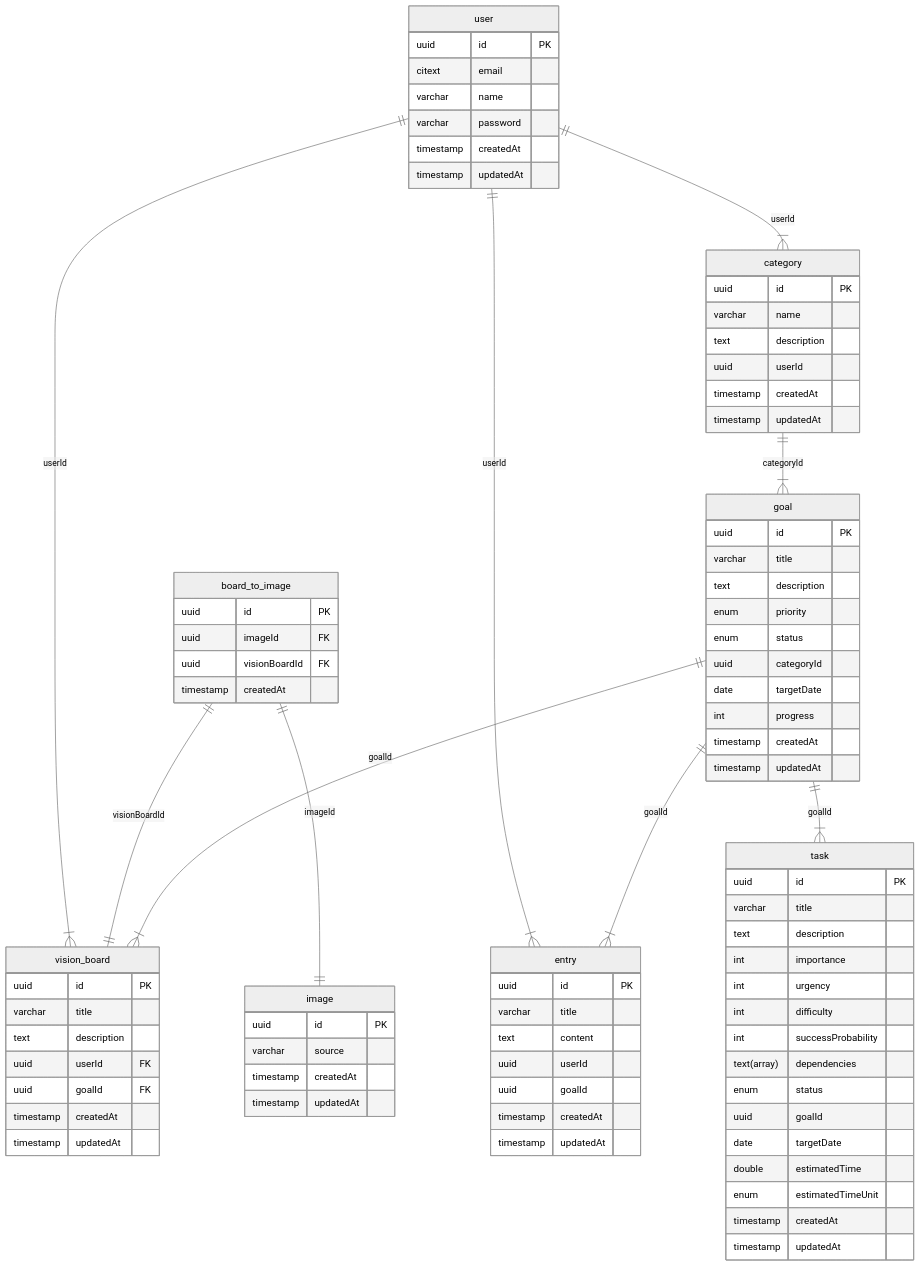
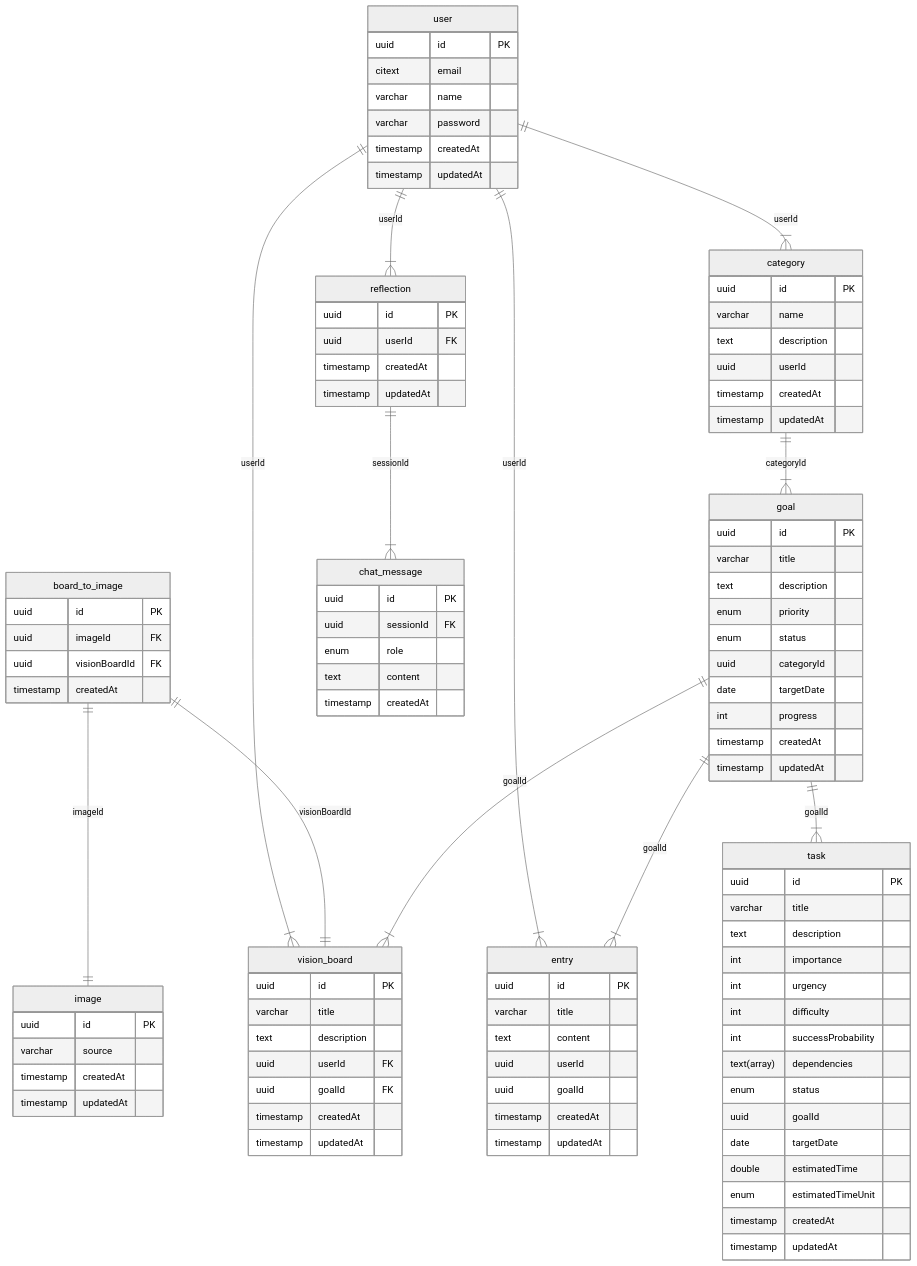
Before and after one commit to sandrvvu/BetterSelf: the diagram in README.md, drawn with Mermaid (neutral theme). The commit also changed 21 other files, not shown here.

````diff
--- a/README.md
+++ b/README.md
@@ -64,36 +64,53 @@
    }
 
    image {
-        uuid id PK
-        varchar source
-        timestamp createdAt
-        timestamp updatedAt
+      uuid id PK
+      varchar source
+      timestamp createdAt
+      timestamp updatedAt
    }
 
    vision_board {
-        uuid id PK
-        varchar title
-        text description
-        uuid userId FK
-        uuid goalId FK
-        timestamp createdAt
-        timestamp updatedAt
+      uuid id PK
+      varchar title
+      text description
+      uuid userId FK
+      uuid goalId FK
+      timestamp createdAt
+      timestamp updatedAt
    }
 
    board_to_image {
-        uuid id PK
-        uuid imageId FK
-        uuid visionBoardId FK
-        timestamp createdAt
+      uuid id PK
+      uuid imageId FK
+      uuid visionBoardId FK
+      timestamp createdAt
+   }
+
+   chat_message {
+      uuid id PK
+      uuid sessionId FK
+      enum role
+      text content
+      timestamp createdAt
+   }
+
+   reflection {
+      uuid id PK
+      uuid userId FK
+      timestamp createdAt
+      timestamp updatedAt
    }
 
    user ||--|{ category : userId
    user ||--|{ entry : userId
    user ||--|{ vision_board : userId
+   user ||--|{ reflection : userId
    category ||--|{ goal : categoryId
    board_to_image ||--|| image : imageId
    board_to_image ||--|| vision_board : visionBoardId
    goal ||--|{ task : goalId
    goal ||--|{ vision_board : goalId
    goal ||--|{ entry : goalId
+   reflection ||--|{ chat_message : sessionId
 ```
````
